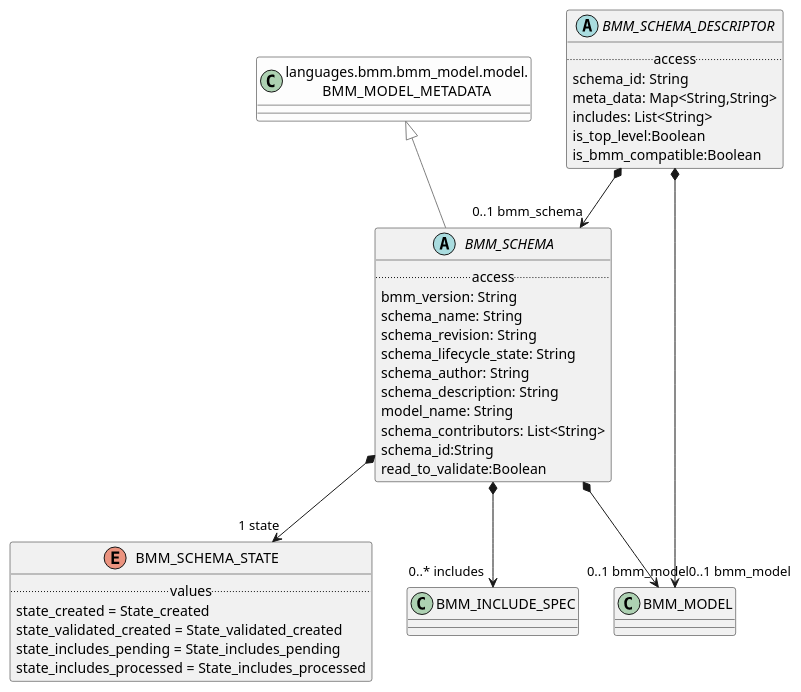
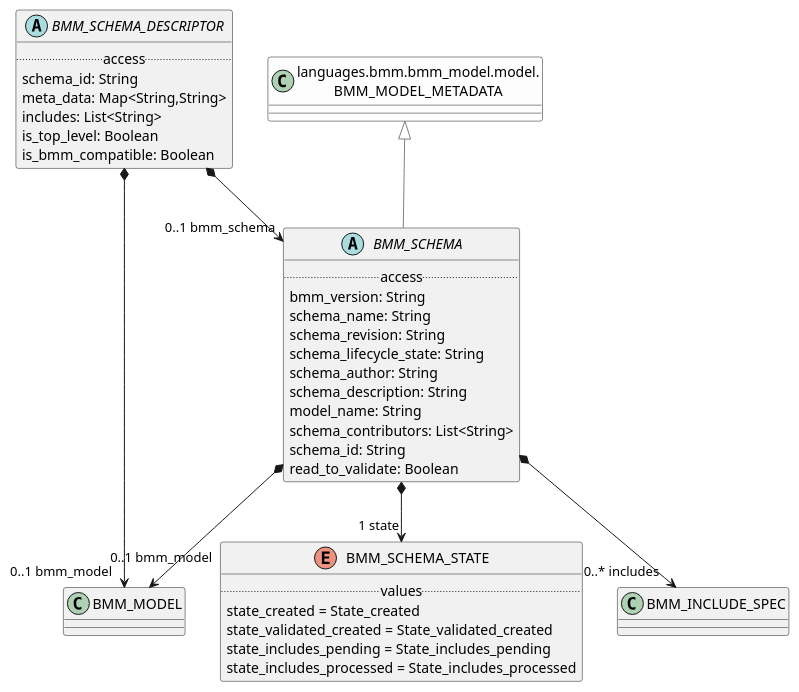
Before and after one commit to wolandscat/openehr-doc: the diagram in modules/ROOT/examples/bmm/languages/bmm/bmm_model/schema/schema-package-uml.adoc, drawn with PlantUML. The commit also changed 293 other files, not shown here.

Commit message:
Regen with tweaks to UML output and correct metatypes for nested generics.

```diff
--- a/modules/ROOT/examples/bmm/languages/bmm/bmm_model/schema/schema-package-uml.adoc
+++ b/modules/ROOT/examples/bmm/languages/bmm/bmm_model/schema/schema-package-uml.adoc
@@ -3,54 +3,54 @@
 [plantuml,opts=interactive,link=self]
 ....
 skinparam groupInheritance 2
 skinparam citedClassColor #FDFDFD
 
+
+abstract class BMM_SCHEMA_DESCRIPTOR [[/openehr-doc/latest/languages/bmm-gen.html#_class_bmm_schema_descriptor]] {
+        .. access ..
+        schema_id: String
+        meta_data: Map<String,String>
+        includes: List<String>
+        is_top_level: Boolean
+        is_bmm_compatible: Boolean
+}
+
+
+BMM_SCHEMA_DESCRIPTOR *--> "0..1 bmm_schema" BMM_SCHEMA
+
+BMM_SCHEMA_DESCRIPTOR *--> "0..1 bmm_model" BMM_MODEL
 
 abstract class BMM_SCHEMA [[/openehr-doc/latest/languages/bmm-gen.html#_class_bmm_schema]] {
         .. access ..
         bmm_version: String
         schema_name: String
         schema_revision: String
         schema_lifecycle_state: String
         schema_author: String
         schema_description: String
         model_name: String
         schema_contributors: List<String>
-        schema_id:String
-        read_to_validate:Boolean
+        schema_id: String
+        read_to_validate: Boolean
 }
 
 BMM_SCHEMA -[#gray]up-|> BMM_MODEL_METADATA  
 
 
 BMM_SCHEMA *--> "1 state" BMM_SCHEMA_STATE
 
 BMM_SCHEMA *--> "0..* includes" BMM_INCLUDE_SPEC
 
 BMM_SCHEMA *--> "0..1 bmm_model" BMM_MODEL
-
-abstract class BMM_SCHEMA_DESCRIPTOR [[/openehr-doc/latest/languages/bmm-gen.html#_class_bmm_schema_descriptor]] {
-        .. access ..
-        schema_id: String
-        meta_data: Map<String,String>
-        includes: List<String>
-        is_top_level:Boolean
-        is_bmm_compatible:Boolean
-}
-
-
-BMM_SCHEMA_DESCRIPTOR *--> "0..1 bmm_schema" BMM_SCHEMA
-
-BMM_SCHEMA_DESCRIPTOR *--> "0..1 bmm_model" BMM_MODEL
 
 enum BMM_SCHEMA_STATE [[/openehr-doc/latest/languages/bmm-gen.html#_class_bmm_schema_state]] {
         .. values ..
         state_created = State_created
         state_validated_created = State_validated_created
         state_includes_pending = State_includes_pending
         state_includes_processed = State_includes_processed
 }
 class "languages.bmm.bmm_model.model.\nBMM_MODEL_METADATA" as BMM_MODEL_METADATA  [[/openehr-doc/latest/languages/bmm-gen.html#_class_bmm_model_metadata]] #FDFDFD {
 }
 
 ....
```
